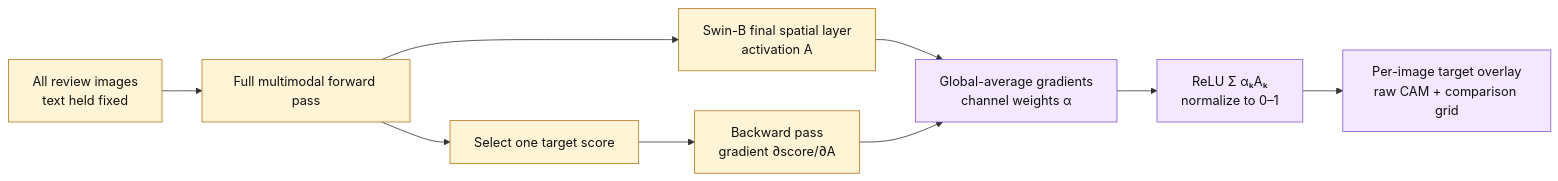
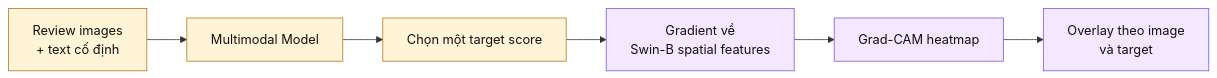
One commit to lechihoang/SE365 changed the third of 11 diagrams in xAI_AIagent_presentation_proposal.md. Above: the diagram before and after it, drawn with Mermaid. The commit also changed other lines of this file, not shown here.

Commit message:
v2 proposal of xai+ ai Agent

````diff
--- a/xAI_AIagent_presentation_proposal.md
+++ b/xAI_AIagent_presentation_proposal.md
@@ -154,16 +188,13 @@
 ```mermaid
 flowchart LR
-    I["All review images<br/>text held fixed"] --> M["Full multimodal forward pass"]
-    M --> L["Swin-B final spatial layer<br/>activation A"]
-    M --> S["Select one target score"]
-    S --> B["Backward pass<br/>gradient ∂score/∂A"]
-    L --> W["Global-average gradients<br/>channel weights α"]
-    B --> W
-    W --> C["ReLU Σ αₖAₖ<br/>normalize to 0–1"]
-    C --> O["Per-image target overlay<br/>raw CAM + comparison grid"]
+    I["Review images<br/>+ text cố định"] --> M["Multimodal Model"]
+    M --> T["Chọn một target score"]
+    T --> G["Gradient về<br/>Swin-B spatial features"]
+    G --> C["Grad-CAM heatmap"]
+    C --> O["Overlay theo image<br/>và target"]
 
     classDef model fill:#FFF4D6,stroke:#B7791F,color:#111;
     classDef xai fill:#F3E8FF,stroke:#805AD5,color:#111;
-    class I,M,L,S,B model;
-    class W,C,O xai;
+    class I,M,T model;
+    class G,C,O xai;
 ```
````
